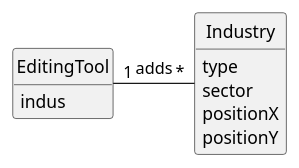
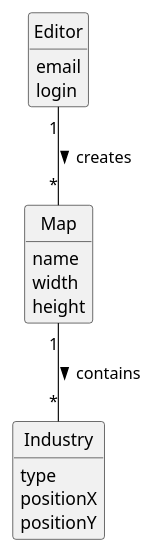
Before and after one commit to 1240826/empire-on-tracks: the diagram in docs/system-documentation/US002/02.analysis/puml/US002-DM.puml, drawn with PlantUML. The commit also changed 5 other files, not shown here.

```diff
--- a/docs/system-documentation/US002/02.analysis/puml/US002-DM.puml
+++ b/docs/system-documentation/US002/02.analysis/puml/US002-DM.puml
@@ -1,34 +1,32 @@
 @startuml
 skinparam monochrome true
 skinparam packageStyle rectangle
 skinparam shadowing false
-
-'left to right direction
-
 skinparam classAttributeIconSize 0
-
 hide circle
 hide methods
 
-'title Domain Model
+'title US02 - Add Industry to Map (Domain Model)
 
+class Editor {
+    email
+    login
+}
 
-
-class EditingTool {
-    indus
-
-
+class Map {
+    name
+    width
+    height
 }
 
 class Industry {
     type
-    sector
     positionX
     positionY
 }
 
-
-EditingTool "1" - "*" Industry : adds
-
+' --- Relacionamentos ---
+Editor "1" -- "*" Map : creates >
+Map "1" -- "*" Industry : contains >
 
 @enduml
```
